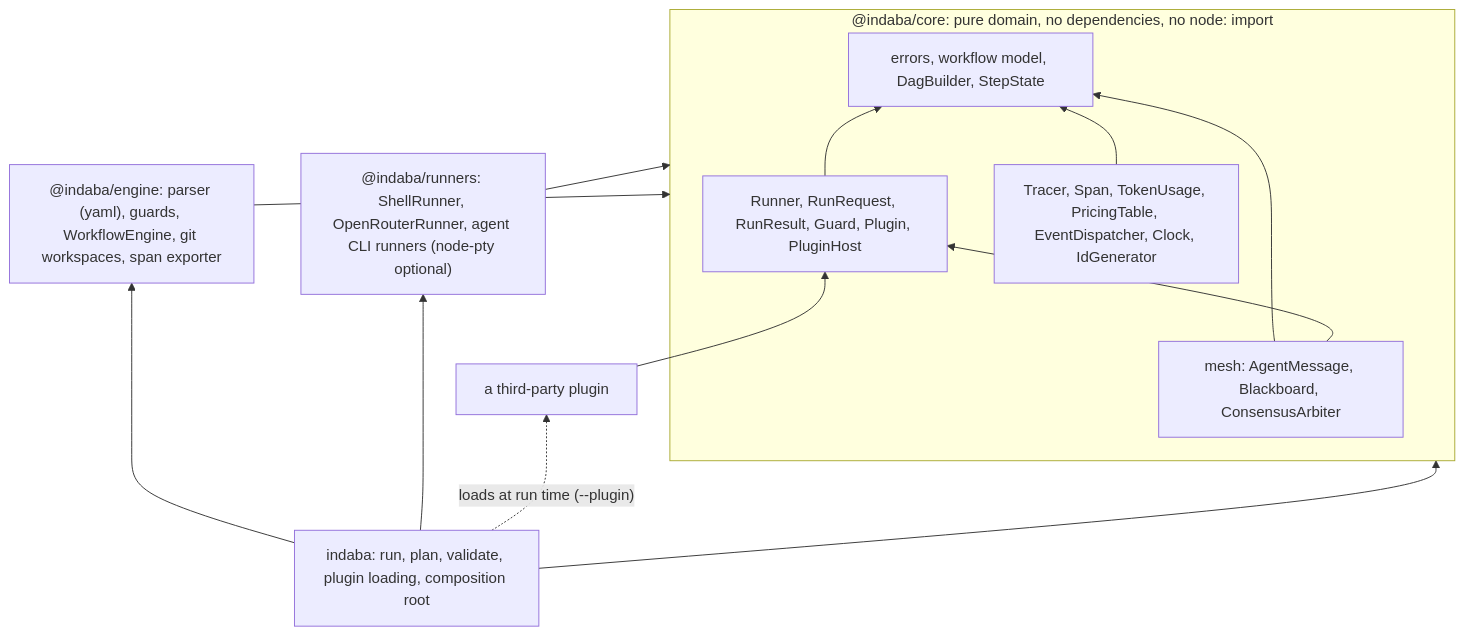
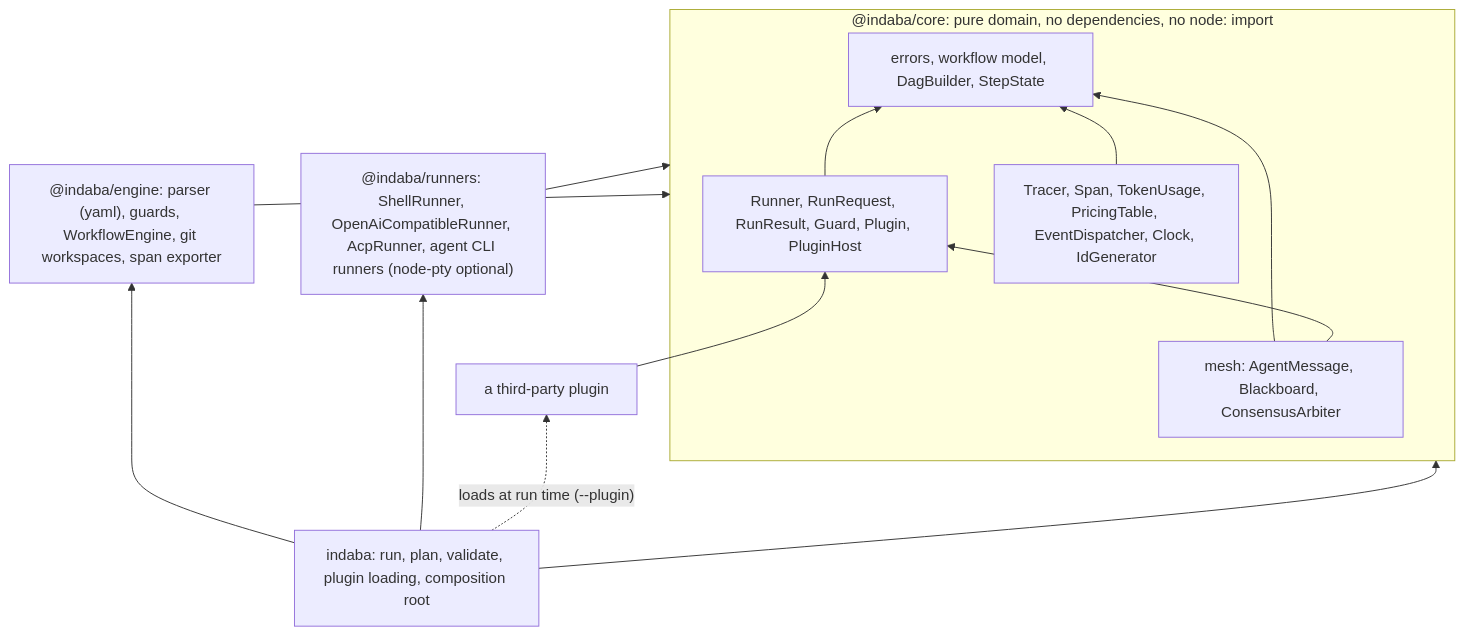
Before and after one commit to yaotzin1/indaba: the diagram in specs/DEPENDENCY_MAP.md, drawn with Mermaid. The commit also changed other lines of this file and 58 other files, not shown here.

First line of the commit message:
feat: API and ACP first, CLI as fallback (runner lists, acp runner, scope guard) (#9)

````diff
--- a/specs/DEPENDENCY_MAP.md
+++ b/specs/DEPENDENCY_MAP.md
@@ -7,26 +7,26 @@
 ```mermaid
 graph BT
     subgraph Domain["@indaba/core: pure domain, no dependencies, no node: import"]
         Core["errors, workflow model, DagBuilder, StepState"]
         Mesh["mesh: AgentMessage, Blackboard, ConsensusArbiter"]
         Contracts["Runner, RunRequest, RunResult, Guard, Plugin, PluginHost"]
         Obs["Tracer, Span, TokenUsage, PricingTable, EventDispatcher, Clock, IdGenerator"]
     end
 
     Engine["@indaba/engine: parser (yaml), guards, WorkflowEngine, git workspaces, span exporter"]
-    Runners["@indaba/runners: ShellRunner, OpenRouterRunner, agent CLI runners (node-pty optional)"]
+    Runners["@indaba/runners: ShellRunner, OpenAiCompatibleRunner, AcpRunner, agent CLI runners (node-pty optional)"]
     Cli["indaba: run, plan, validate, plugin loading, composition root"]
     Plugin["a third-party plugin"]
 
     Mesh --> Core
     Mesh --> Contracts
     Contracts --> Core
     Obs --> Core
     Engine --> Domain
     Runners --> Domain
     Cli --> Engine
     Cli --> Runners
     Cli --> Domain
     Plugin --> Contracts
     Cli -. "loads at run time (--plugin)" .-> Plugin
 ```
````
